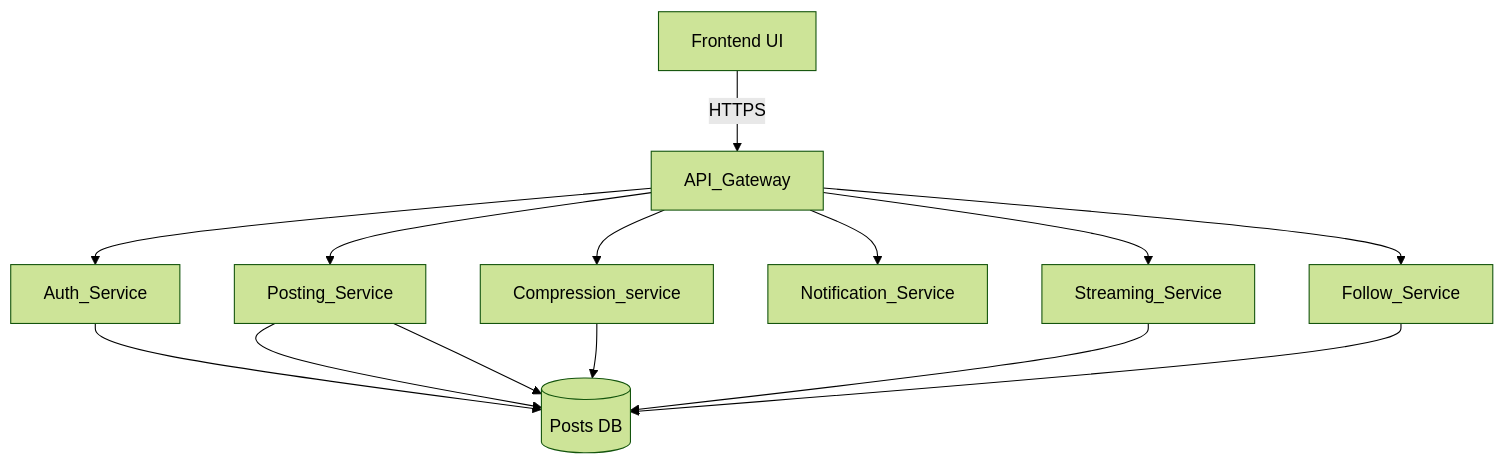
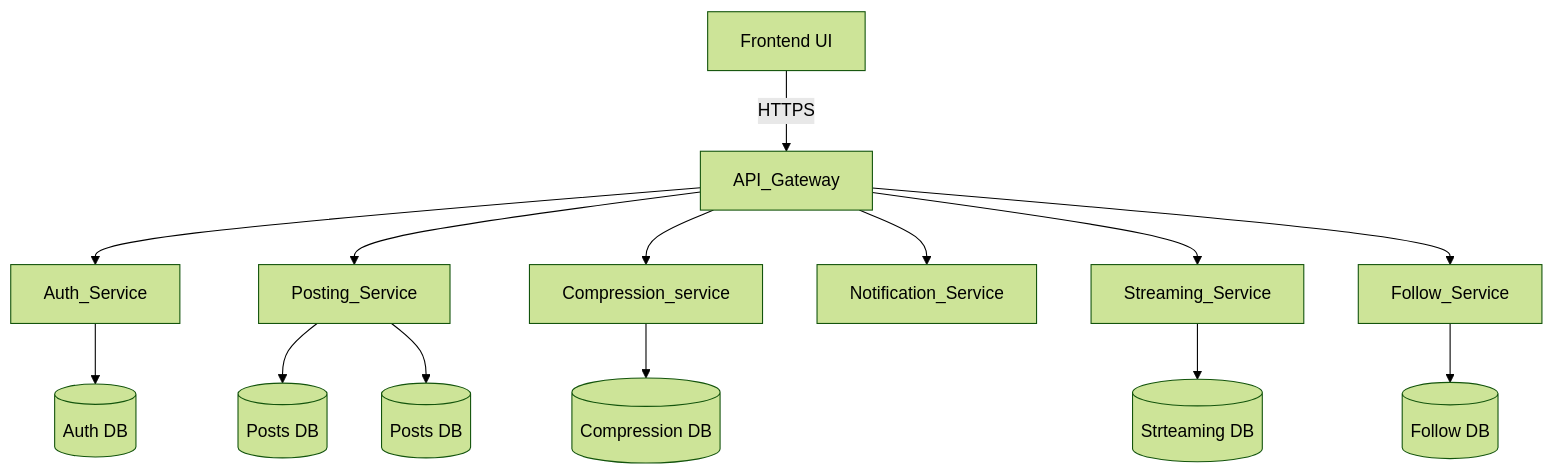
The diagram in README.md (Hritik-choukikar/Hritik-choukikar), drawn with Mermaid (forest theme) before and after one commit.

````diff
--- a/README.md
+++ b/README.md
@@ -33,16 +33,16 @@
 ```mermaid
 graph TD
     User[Frontend UI] -->|HTTPS| API_Gateway
     API_Gateway --> Auth_Service
     API_Gateway --> Posting_Service
     API_Gateway --> Compression_service
     API_Gateway --> Notification_Service
     API_Gateway --> Streaming_Service
     API_Gateway --> Follow_Service
     Auth_Service --> DB[(Auth DB)]
-    Follow_Service --> DB[(Follow DB)]
-    Posting_Service --> DB[(Posts DB)]
-    Compression_service --> DB[(Compression DB)]
-    Streaming_Service --> DB[(Strteaming DB)]
-    Posting_Service --> DB[(Posts DB)]
+    Follow_Service --> DB2[(Follow DB)]
+    Posting_Service --> DB3[(Posts DB)]
+    Compression_service --> DB4[(Compression DB)]
+    Streaming_Service --> DB5[(Strteaming DB)]
+    Posting_Service --> DB6[(Posts DB)]
 ```
````
